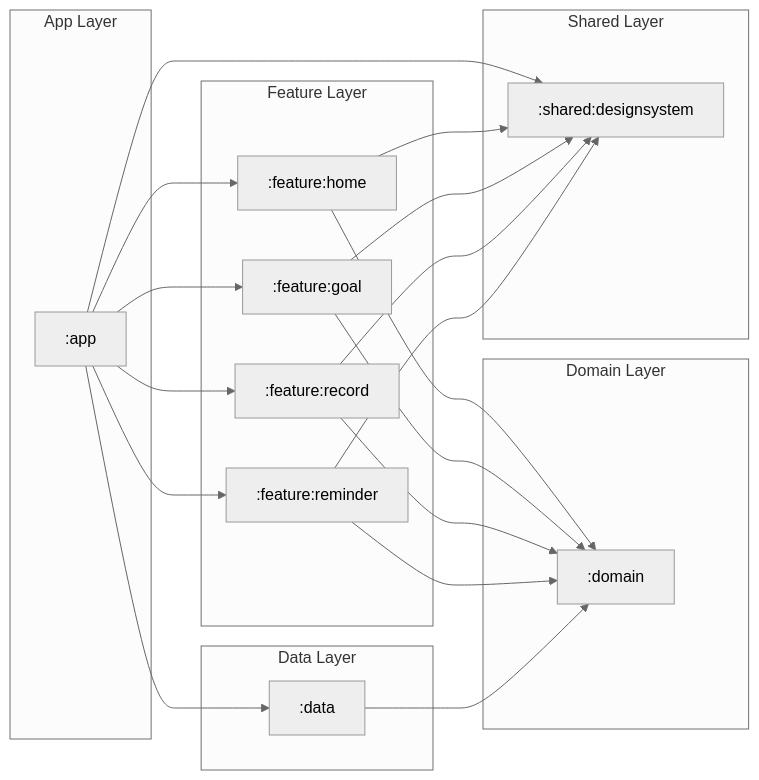
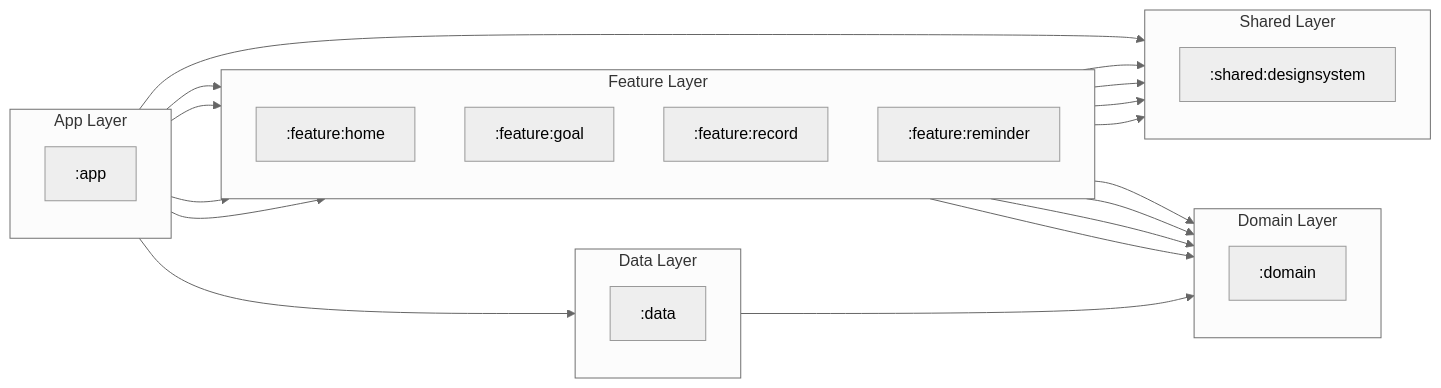
The diagram in README.md (Jiyeong-kor/FitFlow), drawn with Mermaid (neutral theme) before and after one commit.

````diff
--- a/README.md
+++ b/README.md
@@ -70,62 +70,51 @@
 ```mermaid
 flowchart LR
-    %% =========================
-    %% App Layer
-    %% =========================
-    subgraph App_Layer["App Layer"]
-        APP[":app"]
-    end
 
-    %% =========================
-    %% Feature Layer
-    %% =========================
-    subgraph Feature_Layer["Feature Layer"]
-        HOME[":feature:home"]
-        GOAL[":feature:goal"]
-        RECORD[":feature:record"]
-        REMINDER[":feature:reminder"]
-    end
+subgraph App_Layer["App Layer"]
+    direction TB
+    APP[":app"]
+end
 
-    %% =========================
-    %% Domain Layer
-    %% =========================
-    subgraph Domain_Layer["Domain Layer"]
-        DOMAIN[":domain"]
-    end
+subgraph Feature_Layer["Feature Layer"]
+    direction TB
+    HOME[":feature:home"]
+    GOAL[":feature:goal"]
+    RECORD[":feature:record"]
+    REMINDER[":feature:reminder"]
+end
 
-    %% =========================
-    %% Data Layer
-    %% =========================
-    subgraph Data_Layer["Data Layer"]
-        DATA[":data"]
-    end
+subgraph Domain_Layer["Domain Layer"]
+    direction TB
+    DOMAIN[":domain"]
+end
 
-    %% =========================
-    %% Shared Layer
-    %% =========================
-    subgraph Shared_Layer["Shared Layer"]
-        DS[":shared:designsystem"]
-    end
+subgraph Data_Layer["Data Layer"]
+    direction TB
+    DATA[":data"]
+end
 
-    %% =========================
-    %% Dependencies
-    %% =========================
-    APP --> HOME
-    APP --> GOAL
-    APP --> RECORD
-    APP --> REMINDER
-    APP --> DATA
-    APP --> DS
+subgraph Shared_Layer["Shared Layer"]
+    direction TB
+    DS[":shared:designsystem"]
+end
 
-    HOME --> DOMAIN
-    GOAL --> DOMAIN
-    RECORD --> DOMAIN
-    REMINDER --> DOMAIN
+APP --> HOME
+APP --> GOAL
+APP --> RECORD
+APP --> REMINDER
+APP --> DATA
+APP --> DS
 
-    HOME --> DS
-    GOAL --> DS
-    RECORD --> DS
-    REMINDER --> DS
+HOME --> DOMAIN
+GOAL --> DOMAIN
+RECORD --> DOMAIN
+REMINDER --> DOMAIN
 
-    DATA --> DOMAIN
+HOME --> DS
+GOAL --> DS
+RECORD --> DS
+REMINDER --> DS
+
+DATA --> DOMAIN
+
 ```
````
